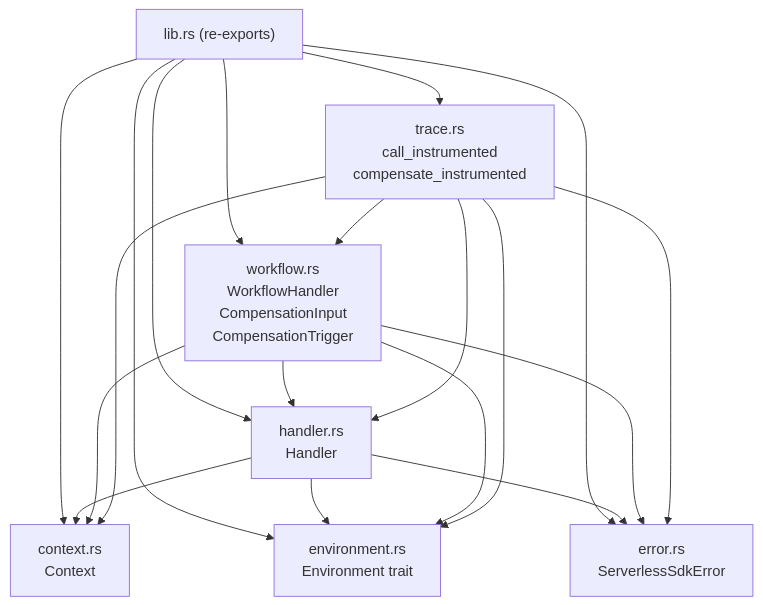
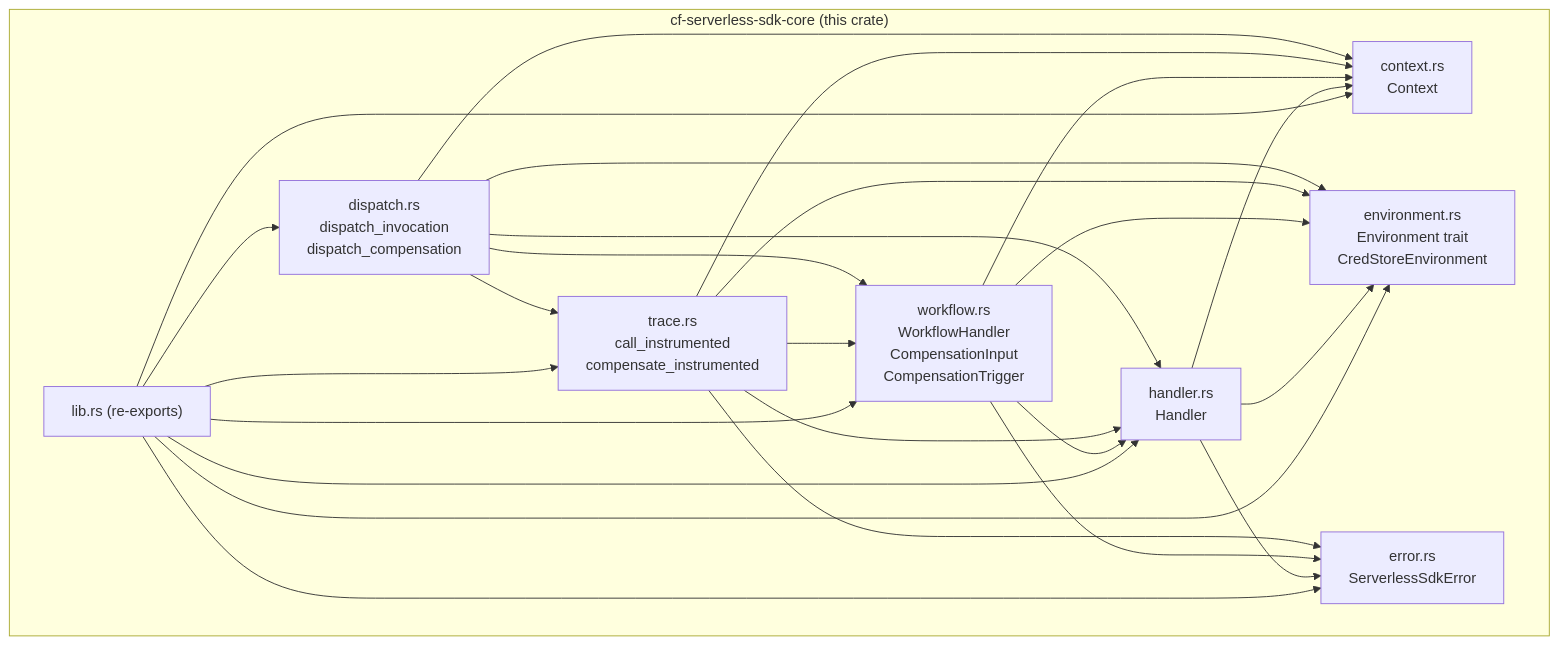
One commit to vgprod/cyberfabric-core changed the first of 3 diagrams in modules/serverless-runtime/serverless-sdk/docs/DESIGN.md. Above: the diagram before and after it, drawn with Mermaid. The commit also changed other lines of this file and 1 other file, not shown here.

Commit message:
docs(serverless-sdk): enhance clarity on SDK architecture and invocation plumbing

````diff
--- a/modules/serverless-runtime/serverless-sdk/docs/DESIGN.md
+++ b/modules/serverless-runtime/serverless-sdk/docs/DESIGN.md
@@ -333,30 +345,39 @@
 ```mermaid
 graph TD
-    lib["lib.rs (re-exports)"]
-    ctx["context.rs\nContext"]
-    env["environment.rs\nEnvironment trait"]
-    err["error.rs\nServerlessSdkError"]
-    hdl["handler.rs\nHandler<I,O>"]
-    wfl["workflow.rs\nWorkflowHandler<I,O>\nCompensationInput\nCompensationTrigger"]
-    trc["trace.rs\ncall_instrumented\ncompensate_instrumented"]
+    subgraph sdk["cf-serverless-sdk-core (this crate)"]
+        lib["lib.rs (re-exports)"]
+        ctx["context.rs\nContext"]
+        env["environment.rs\nEnvironment trait\nCredStoreEnvironment"]
+        err["error.rs\nServerlessSdkError"]
+        hdl["handler.rs\nHandler<I,O>"]
+        wfl["workflow.rs\nWorkflowHandler<I,O>\nCompensationInput\nCompensationTrigger"]
+        trc["trace.rs\ncall_instrumented\ncompensate_instrumented"]
+        dsp["dispatch.rs\ndispatch_invocation\ndispatch_compensation"]
+    end
 
     lib --> ctx
     lib --> env
     lib --> err
     lib --> hdl
     lib --> wfl
     lib --> trc
+    lib --> dsp
 
     hdl --> ctx
     hdl --> env
     hdl --> err
     wfl --> ctx
     wfl --> env
     wfl --> err
     wfl --> hdl
     trc --> ctx
     trc --> env
     trc --> err
     trc --> hdl
     trc --> wfl
+    dsp --> ctx
+    dsp --> env
+    dsp --> trc
+    dsp --> hdl
+    dsp --> wfl
 ```
````
